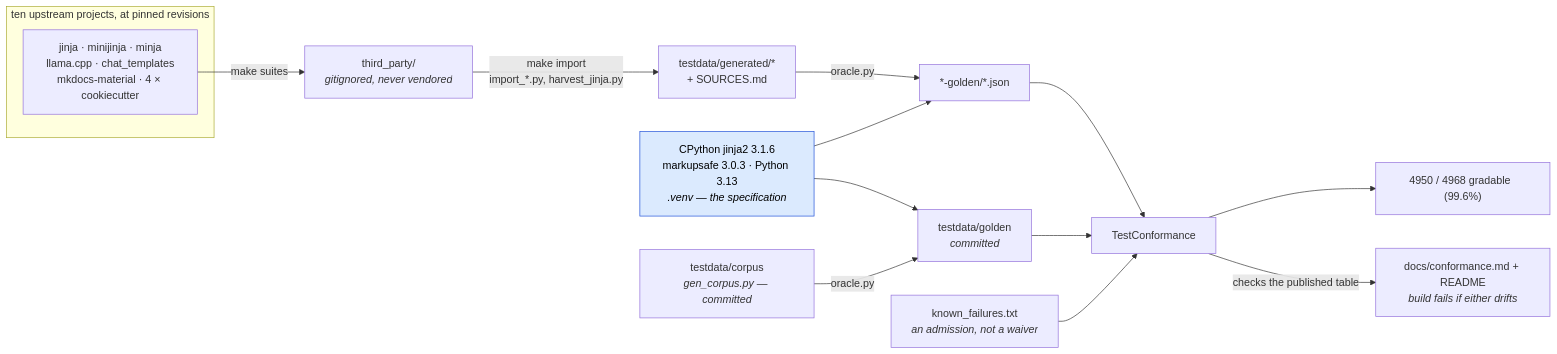
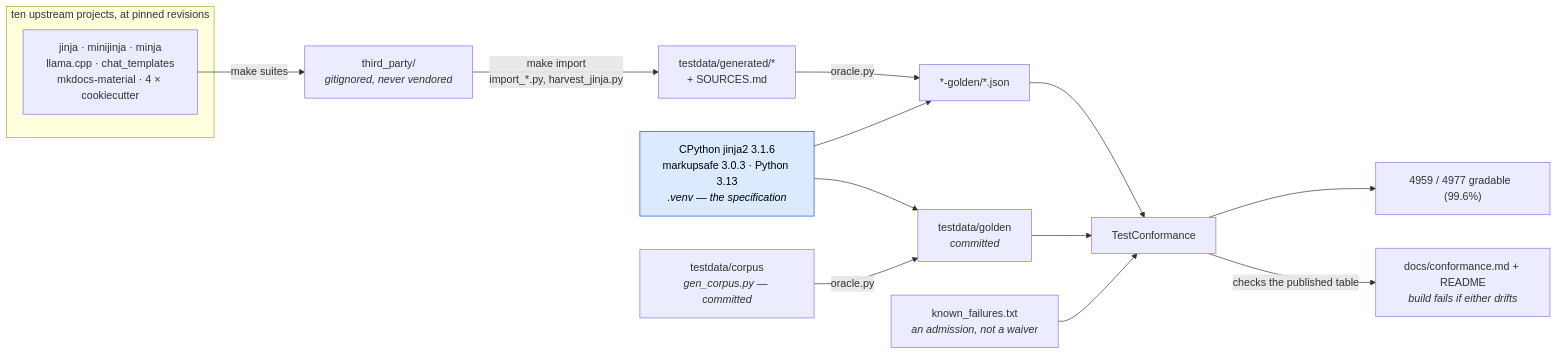
One commit to mgilbir/gojja2 changed the first of 2 diagrams in docs/conformance.md. Above: the diagram before and after it, drawn with Mermaid. The commit also changed other lines of this file and 31 other files, not shown here.

````diff
--- a/docs/conformance.md
+++ b/docs/conformance.md
@@ -17,24 +17,24 @@
 ```mermaid
 flowchart LR
     subgraph up["ten upstream projects, at pinned revisions"]
         U1["jinja · minijinja · minja<br/>llama.cpp · chat_templates<br/>mkdocs-material · 4 × cookiecutter"]
     end
     U1 -->|"make suites"| TP["third_party/<br/><i>gitignored, never vendored</i>"]
     TP -->|"make import<br/>import_*.py, harvest_jinja.py"| GEN["testdata/generated/*<br/>+ SOURCES.md"]
 
     ORA["CPython jinja2 3.1.6<br/>markupsafe 3.0.3 · Python 3.13<br/><i>.venv — the specification</i>"]
     GEN -->|"oracle.py"| G2["*-golden/*.json"]
     ORA --> G2
 
     OWN["testdata/corpus<br/><i>gen_corpus.py — committed</i>"] -->|"oracle.py"| G1["testdata/golden<br/><i>committed</i>"]
     ORA --> G1
 
     G1 --> TC["TestConformance"]
     G2 --> TC
     KF["known_failures.txt<br/><i>an admission, not a waiver</i>"] --> TC
-    TC --> RATE["4950 / 4968 gradable  (99.6%)"]
+    TC --> RATE["4959 / 4977 gradable  (99.6%)"]
     TC -->|"checks the published table"| RM["docs/conformance.md + README<br/><i>build fails if either drifts</i>"]
 
     classDef spec fill:#dbeafe,stroke:#1d4ed8,color:#000
     class ORA spec
 ```
````
